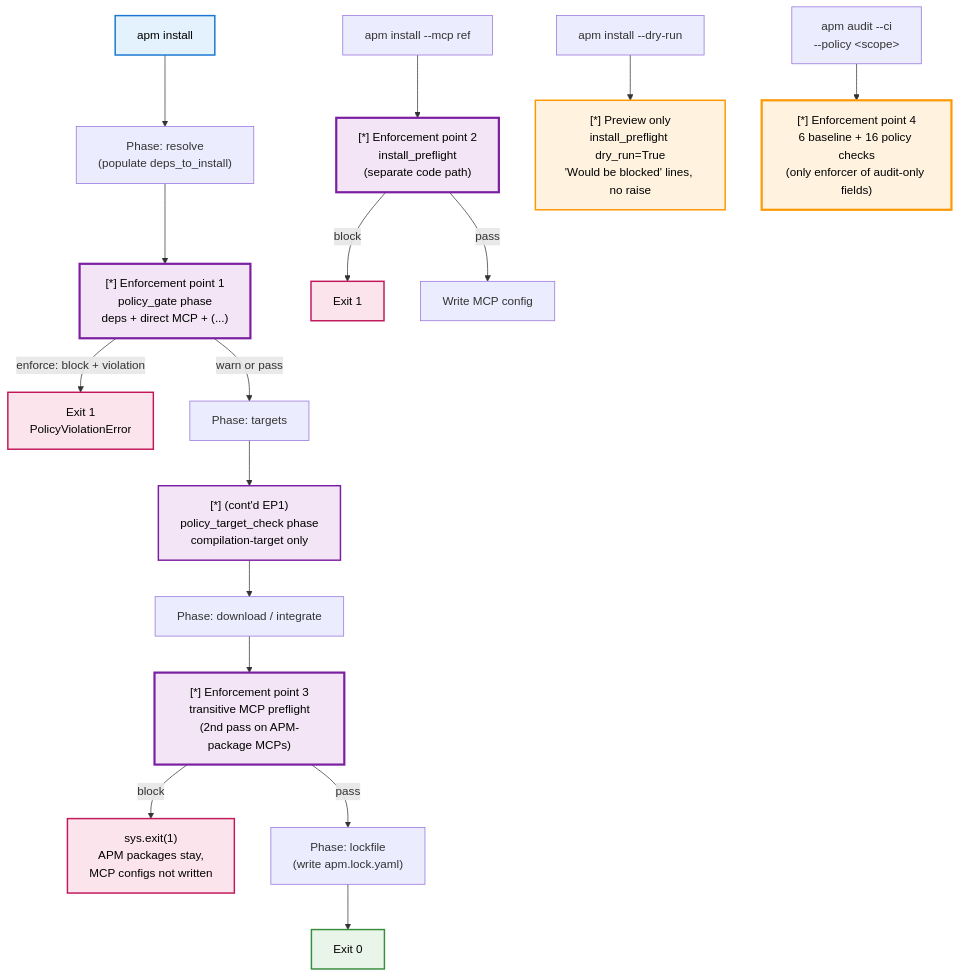
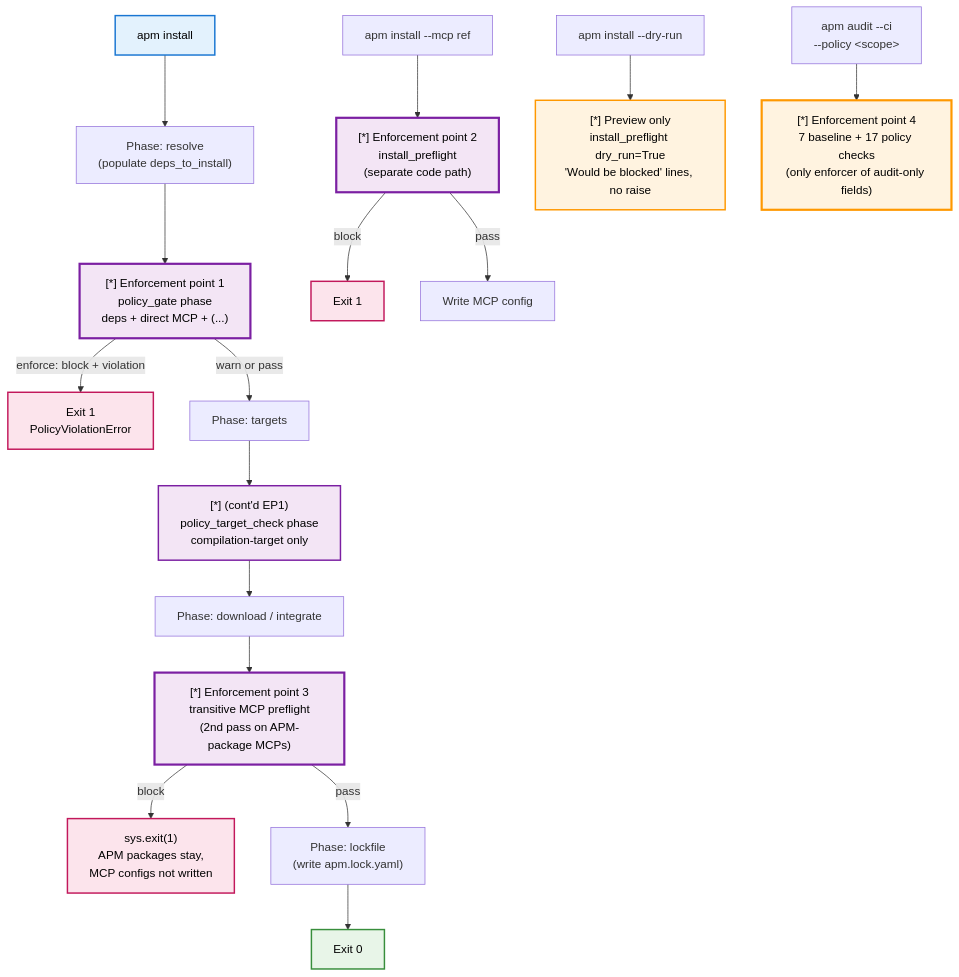
The first of 4 diagrams in docs/src/content/docs/enterprise/governance-guide.md (microsoft/apm), drawn with Mermaid before and after one commit. The commit also changed other lines of this file and 10 other files, not shown here.

````diff
--- a/docs/src/content/docs/enterprise/governance-guide.md
+++ b/docs/src/content/docs/enterprise/governance-guide.md
@@ -120,33 +120,33 @@
 ```mermaid
 graph TD
     Start["apm install"] --> Resolve["Phase: resolve<br/>(populate deps_to_install)"]
     Resolve --> Gate["[*] Enforcement point 1<br/>policy_gate phase<br/>deps + direct MCP + (...)"]
     Gate -->|enforce: block + violation| Fail1["Exit 1<br/>PolicyViolationError"]
     Gate -->|warn or pass| Targets["Phase: targets"]
     Targets --> TargetCheck["[*] (cont'd EP1)<br/>policy_target_check phase<br/>compilation-target only"]
     TargetCheck --> Download["Phase: download / integrate"]
     Download --> TransMCP["[*] Enforcement point 3<br/>transitive MCP preflight<br/>(2nd pass on APM-package MCPs)"]
     TransMCP -->|block| Fail2["sys.exit(1)<br/>APM packages stay,<br/>MCP configs not written"]
     TransMCP -->|pass| Lockfile["Phase: lockfile<br/>(write apm.lock.yaml)"]
     Lockfile --> Done["Exit 0"]
 
     MCPBranch["apm install --mcp ref"] --> MCPPre["[*] Enforcement point 2<br/>install_preflight<br/>(separate code path)"]
     MCPPre -->|block| Fail3["Exit 1"]
     MCPPre -->|pass| MCPWrite["Write MCP config"]
 
     DryRun["apm install --dry-run"] --> DryPre["[*] Preview only<br/>install_preflight dry_run=True<br/>'Would be blocked' lines, no raise"]
 
-    Audit["apm audit --ci<br/>--policy &lt;scope&gt;"] --> AuditRun["[*] Enforcement point 4<br/>6 baseline + 16 policy checks<br/>(only enforcer of audit-only fields)"]
+    Audit["apm audit --ci<br/>--policy &lt;scope&gt;"] --> AuditRun["[*] Enforcement point 4<br/>7 baseline + 17 policy checks<br/>(only enforcer of audit-only fields)"]
 
     style Start fill:#e3f2fd,stroke:#1976d2,stroke-width:2px,color:#000
     style Gate fill:#f3e5f5,stroke:#7b1fa2,stroke-width:3px,color:#000
     style TargetCheck fill:#f3e5f5,stroke:#7b1fa2,stroke-width:2px,color:#000
     style TransMCP fill:#f3e5f5,stroke:#7b1fa2,stroke-width:3px,color:#000
     style MCPPre fill:#f3e5f5,stroke:#7b1fa2,stroke-width:3px,color:#000
     style AuditRun fill:#fff3e0,stroke:#ff9800,stroke-width:3px,color:#000
     style Fail1 fill:#fce4ec,stroke:#c2185b,stroke-width:2px,color:#000
     style Fail2 fill:#fce4ec,stroke:#c2185b,stroke-width:2px,color:#000
     style Fail3 fill:#fce4ec,stroke:#c2185b,stroke-width:2px,color:#000
     style Done fill:#e8f5e8,stroke:#388e3c,stroke-width:2px,color:#000
     style DryPre fill:#fff3e0,stroke:#ff9800,stroke-width:2px,color:#000
 ```
````
